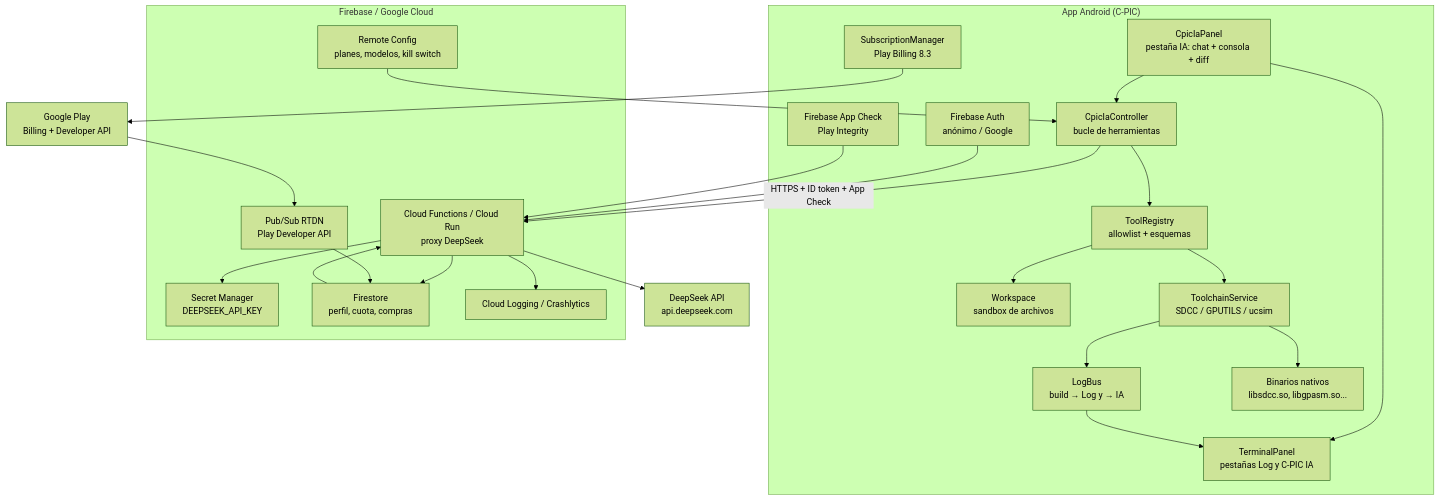
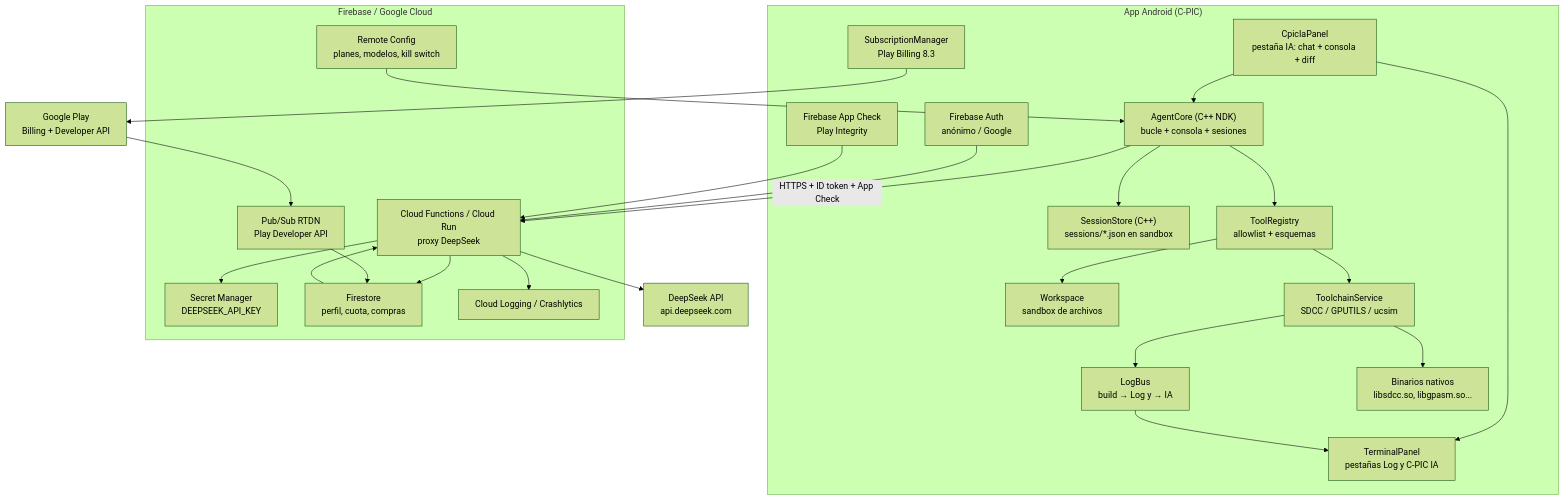
The first of 2 diagrams in GUIA_CPIC_IA.md (Danielk10/C-PIC), drawn with Mermaid (forest theme) before and after one commit. The commit also changed other lines of this file and 1 other file, not shown here.

Commit message:
docs(cpic-ia): sesiones en consola y núcleo del agente en C++ NDK

````diff
--- a/GUIA_CPIC_IA.md
+++ b/GUIA_CPIC_IA.md
@@ -273,49 +277,51 @@
 ```mermaid
 flowchart TB
     subgraph Android["App Android (C-PIC)"]
         UI["CpicIaPanel<br/>pestaña IA: chat + consola + diff"]
         TP["TerminalPanel<br/>pestañas Log y C-PIC IA"]
         LB["LogBus<br/>build → Log y → IA"]
-        AC["CpicIaController<br/>bucle de herramientas"]
+        AC["AgentCore (C++ NDK)<br/>bucle + consola + sesiones"]
+        SE["SessionStore (C++)<br/>sessions/*.json en sandbox"]
         TR["ToolRegistry<br/>allowlist + esquemas"]
         WS["Workspace<br/>sandbox de archivos"]
         TC["ToolchainService<br/>SDCC / GPUTILS / ucsim"]
         NB["Binarios nativos<br/>libsdcc.so, libgpasm.so..."]
         BILL["SubscriptionManager<br/>Play Billing 8.3"]
         AUTH["Firebase Auth<br/>anónimo / Google"]
         ACK["Firebase App Check<br/>Play Integrity"]
     end
 
     subgraph Firebase["Firebase / Google Cloud"]
         FN["Cloud Functions / Cloud Run<br/>proxy DeepSeek"]
         SM["Secret Manager<br/>DEEPSEEK_API_KEY"]
         FS["Firestore<br/>perfil, cuota, compras"]
         RC["Remote Config<br/>planes, modelos, kill switch"]
         RTDN["Pub/Sub RTDN<br/>Play Developer API"]
         LOG["Cloud Logging / Crashlytics"]
     end
 
     DS["DeepSeek API<br/>api.deepseek.com"]
     PLAY["Google Play<br/>Billing + Developer API"]
 
     UI --> AC
     UI --> TP
     AC --> TR
+    AC --> SE
     TR --> WS
     TR --> TC
     TC --> NB
     TC --> LB
     LB --> TP
     AC -->|"HTTPS + ID token + App Check"| FN
     FN --> SM
     FN --> DS
     FN --> FS
     BILL --> PLAY
     PLAY --> RTDN
     RTDN --> FS
     AUTH --> FN
     ACK --> FN
     FS --> FN
     RC --> AC
     FN --> LOG
 ```
````
